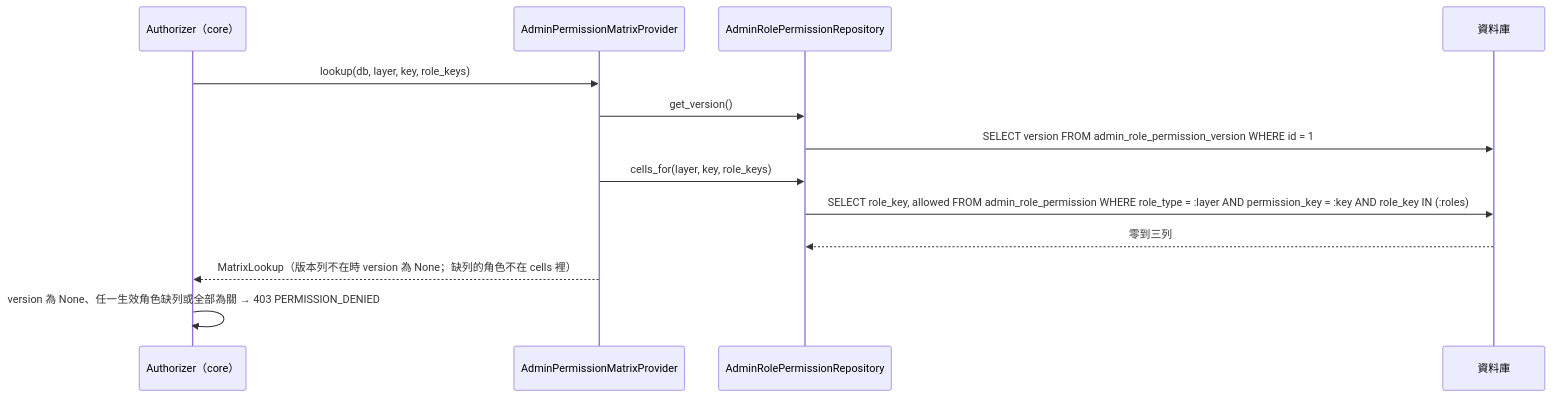
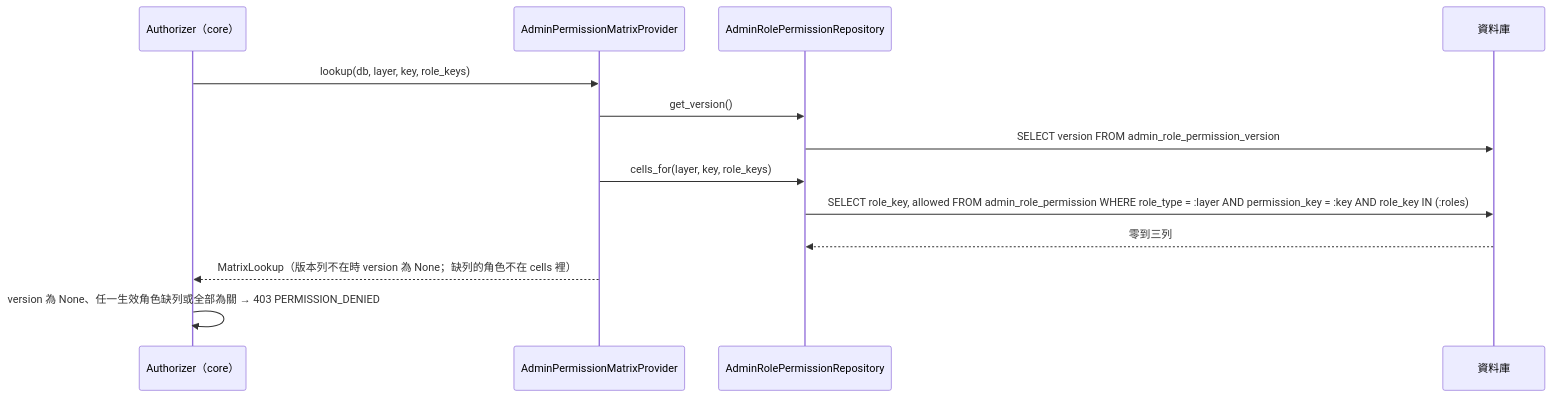
The eighth of 8 diagrams in docs/diagrams/architecture/backend-modules.mdx (label-suite/label-suite), drawn with Mermaid before and after one commit. The commit also changed other lines of this file and 14 other files, not shown here.

First line of the commit message:
feat: supply the permission matrix from the admin module (#755)

````diff
--- a/docs/diagrams/architecture/backend-modules.mdx
+++ b/docs/diagrams/architecture/backend-modules.mdx
@@ -536,15 +536,15 @@
 ```mermaid
 sequenceDiagram
   participant Z as Authorizer（core）
   participant P as AdminPermissionMatrixProvider
   participant R as AdminRolePermissionRepository
   participant DB as 資料庫
   Z->>P: lookup(db, layer, key, role_keys)
   P->>R: get_version()
-  R->>DB: SELECT version FROM admin_role_permission_version WHERE id = 1
+  R->>DB: SELECT version FROM admin_role_permission_version
   P->>R: cells_for(layer, key, role_keys)
   R->>DB: SELECT role_key, allowed FROM admin_role_permission WHERE role_type = :layer AND permission_key = :key AND role_key IN (:roles)
   DB-->>R: 零到三列
   P-->>Z: MatrixLookup（版本列不在時 version 為 None；缺列的角色不在 cells 裡）
   Z->>Z: version 為 None、任一生效角色缺列或全部為關 → 403 PERMISSION_DENIED
 ```
````
